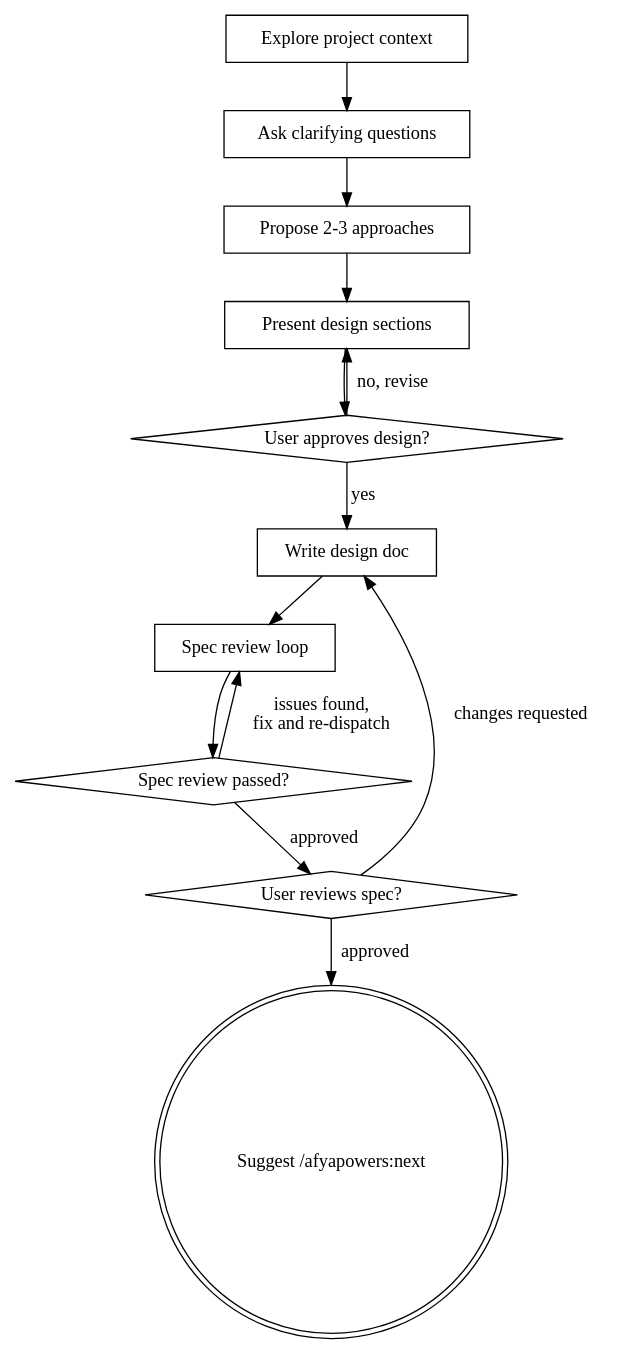
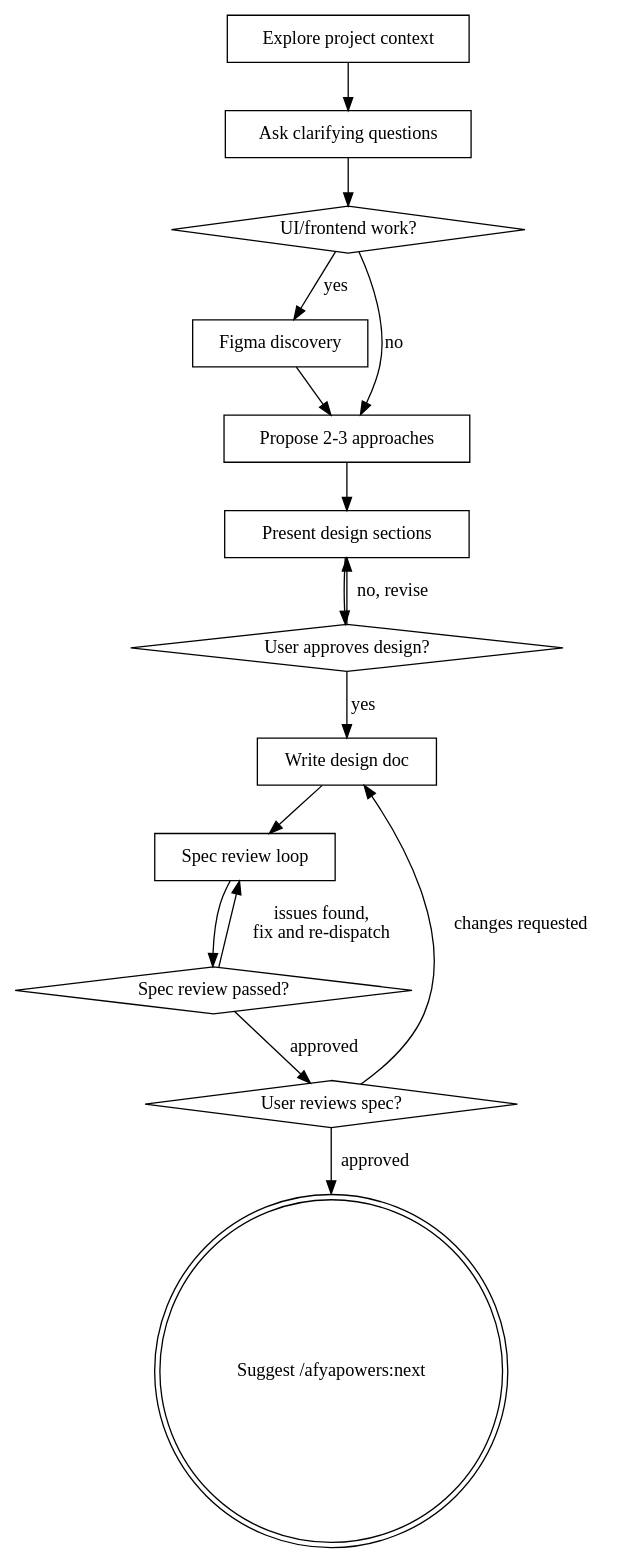
One commit to iclinic/afyapowers changed the diagram in skills/design/SKILL.md. Above: the diagram before and after it, drawn with Graphviz. The commit also changed other lines of this file, not shown here.

Commit message:
feat: add conditional Figma discovery step to design skill

````diff
--- a/skills/design/SKILL.md
+++ b/skills/design/SKILL.md
@@ -40,27 +41,32 @@
 ```dot
 digraph design {
     "Explore project context" [shape=box];
     "Ask clarifying questions" [shape=box];
+    "UI/frontend work?" [shape=diamond];
+    "Figma discovery" [shape=box];
     "Propose 2-3 approaches" [shape=box];
     "Present design sections" [shape=box];
     "User approves design?" [shape=diamond];
     "Write design doc" [shape=box];
     "Spec review loop" [shape=box];
     "Spec review passed?" [shape=diamond];
     "User reviews spec?" [shape=diamond];
     "Suggest /afyapowers:next" [shape=doublecircle];
 
     "Explore project context" -> "Ask clarifying questions";
-    "Ask clarifying questions" -> "Propose 2-3 approaches";
+    "Ask clarifying questions" -> "UI/frontend work?";
+    "UI/frontend work?" -> "Figma discovery" [label="yes"];
+    "UI/frontend work?" -> "Propose 2-3 approaches" [label="no"];
+    "Figma discovery" -> "Propose 2-3 approaches";
     "Propose 2-3 approaches" -> "Present design sections";
     "Present design sections" -> "User approves design?";
     "User approves design?" -> "Present design sections" [label="no, revise"];
     "User approves design?" -> "Write design doc" [label="yes"];
     "Write design doc" -> "Spec review loop";
     "Spec review loop" -> "Spec review passed?";
     "Spec review passed?" -> "Spec review loop" [label="issues found,\nfix and re-dispatch"];
     "Spec review passed?" -> "User reviews spec?" [label="approved"];
     "User reviews spec?" -> "Write design doc" [label="changes requested"];
     "User reviews spec?" -> "Suggest /afyapowers:next" [label="approved"];
 }
 ```
````
